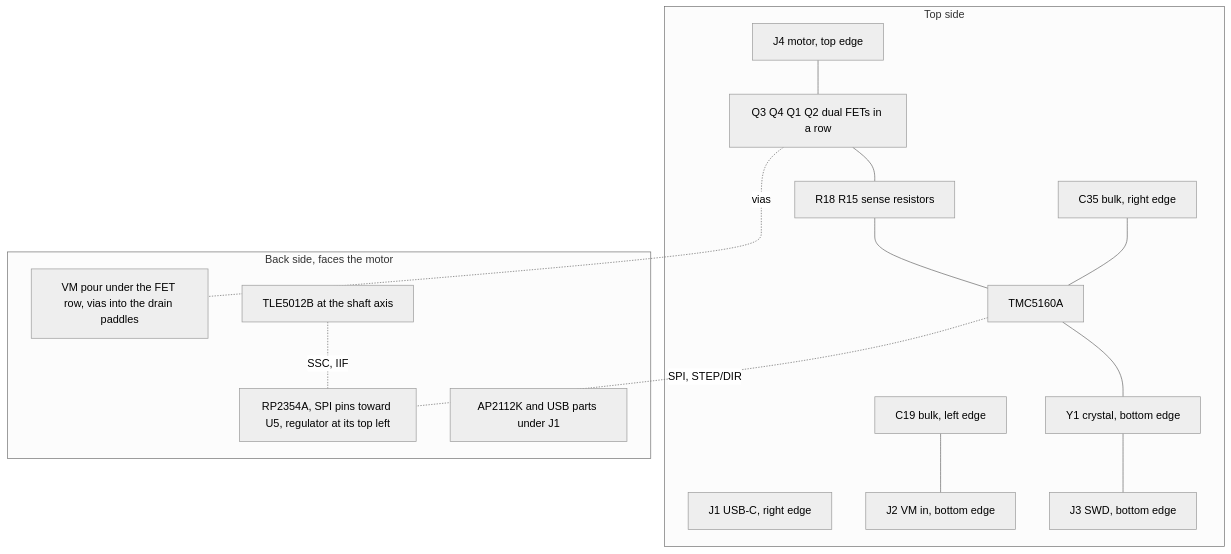
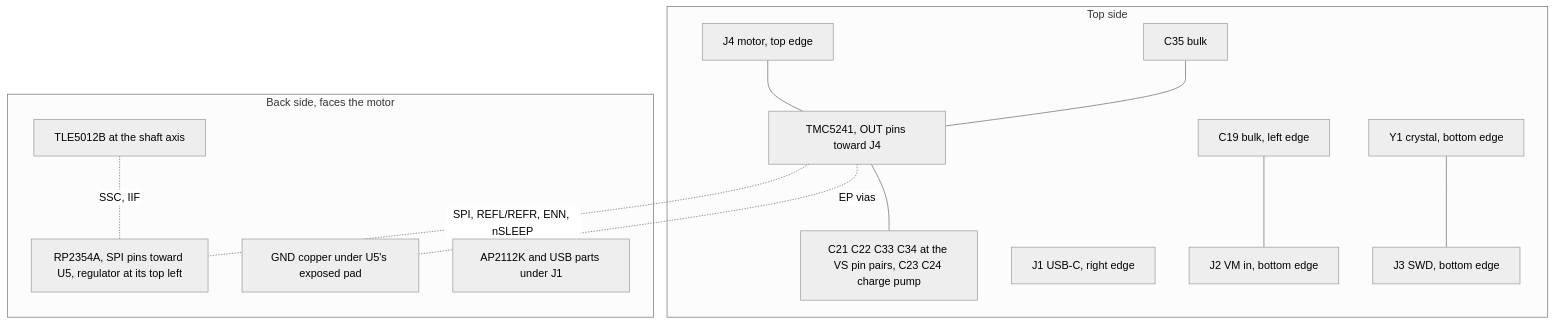
The second of 2 diagrams in ARCHITECTURE.md (tmpk13/pico-step), drawn with Mermaid (neutral theme) before and after one commit. The commit also changed other lines of this file and 23 other files, not shown here.

First line of the commit message:
Swap TMC5160A + external FETs for TMC5241

````diff
--- a/ARCHITECTURE.md
+++ b/ARCHITECTURE.md
@@ -65,20 +62,20 @@
 ```mermaid
 flowchart TB
     subgraph top [Top side]
-        J4[J4 motor, top edge] --- FETs[Q3 Q4 Q1 Q2 dual FETs in a row]
-        FETs --- RS[R18 R15 sense resistors] --- U5[TMC5160A]
+        J4[J4 motor, top edge] --- U5[TMC5241, OUT pins toward J4]
+        U5 --- CAPS[C21 C22 C33 C34 at the VS pin pairs, C23 C24 charge pump]
         J1[J1 USB-C, right edge]
         C19[C19 bulk, left edge] --- J2[J2 VM in, bottom edge]
-        C35[C35 bulk, right edge] --- U5
-        U5 --- Y1[Y1 crystal, bottom edge] --- J3[J3 SWD, bottom edge]
+        C35[C35 bulk] --- U5
+        Y1[Y1 crystal, bottom edge] --- J3[J3 SWD, bottom edge]
     end
     subgraph back [Back side, faces the motor]
-        VM[VM pour under the FET row, vias into the drain paddles]
+        EP[GND copper under U5's exposed pad]
         U3[TLE5012B at the shaft axis]
         U1[RP2354A, SPI pins toward U5, regulator at its top left]
         U2[AP2112K and USB parts under J1]
     end
-    FETs -. vias .- VM
-    U5 -. SPI, STEP/DIR .- U1
+    U5 -. EP vias .- EP
+    U5 -. SPI, REFL/REFR, ENN, nSLEEP .- U1
     U3 -. SSC, IIF .- U1
 ```
````
